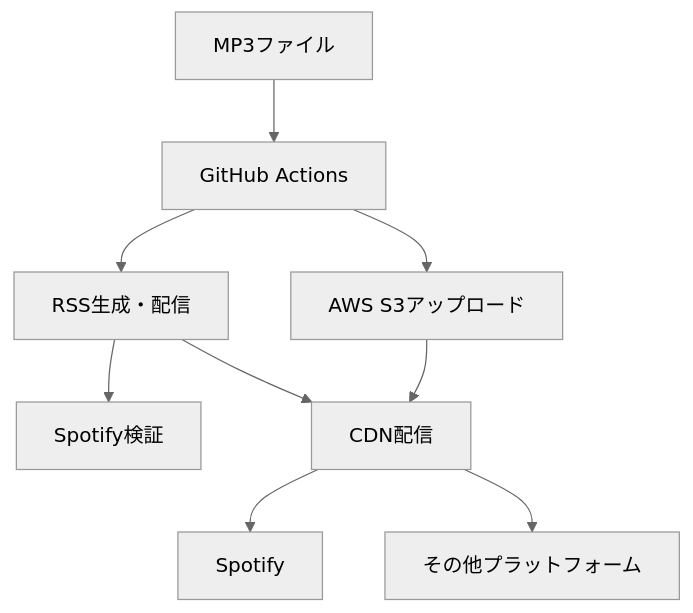
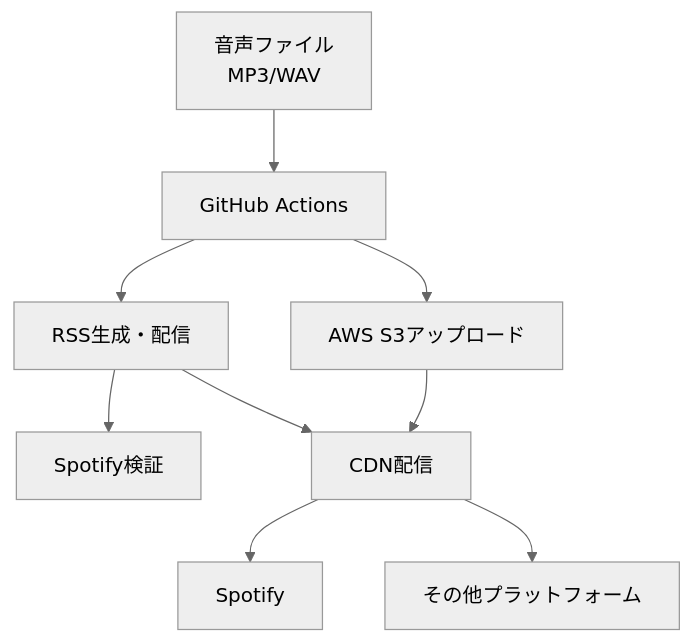
The diagram in README.md (yheihei/spotify-uploader), drawn with Mermaid (neutral theme) before and after one commit. The commit also changed other lines of this file and 12 other files, not shown here.

````diff
--- a/README.md
+++ b/README.md
@@ -15,12 +15,12 @@
 ```mermaid
 graph TB
-    A[MP3ファイル] --> B[GitHub Actions]
+    A[音声ファイル<br/>MP3/WAV] --> B[GitHub Actions]
     B --> C[AWS S3アップロード]
     B --> D[RSS生成・配信]
     D --> E[Spotify検証]
     
     C --> G[CDN配信]
     D --> G
     G --> H[Spotify]
     G --> I[その他プラットフォーム]
 ```
````
